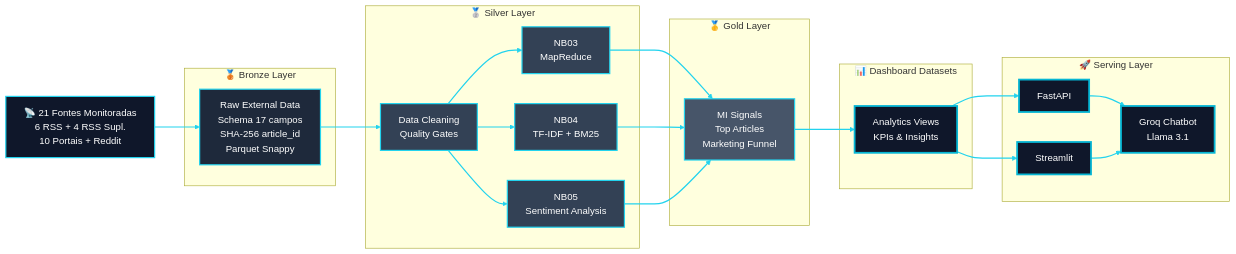
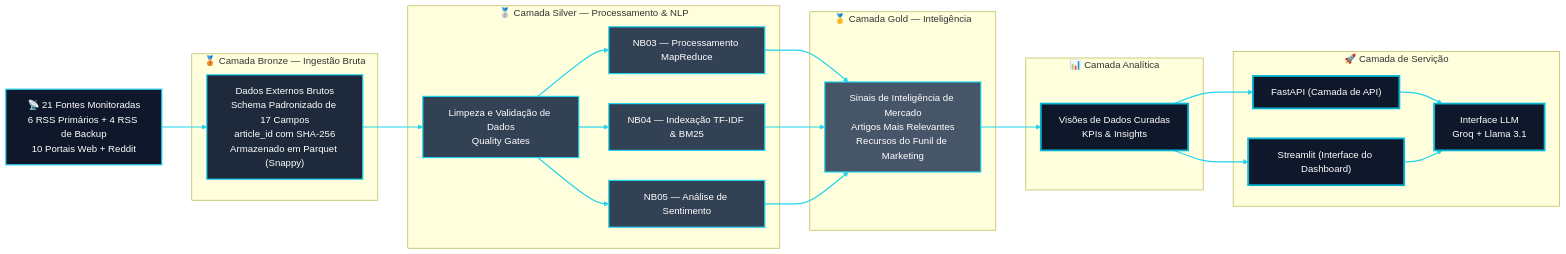
The diagram in README.pt_BR.md (Quantum-Software-Development/fii-investor-intelligence-platform), drawn with Mermaid before and after one commit. The commit also changed other lines of this file, not shown here.

`````diff
--- a/README.pt_BR.md
+++ b/README.pt_BR.md
@@ -37,62 +42,62 @@
 ```mermaid
 flowchart LR
 
     classDef source fill:#0f172a,stroke:#22d3ee,color:#ffffff,stroke-width:2px;
     classDef bronze fill:#1e293b,stroke:#22d3ee,color:#ffffff,stroke-width:2px;
     classDef silver fill:#334155,stroke:#22d3ee,color:#ffffff,stroke-width:2px;
     classDef gold fill:#475569,stroke:#22d3ee,color:#ffffff,stroke-width:2px;
     classDef serving fill:#0f172a,stroke:#06b6d4,color:#ffffff,stroke-width:3px;
 
-    A["📡 21 Fontes Monitoradas<br/>6 RSS + 4 RSS Supl.<br/>10 Portais + Reddit"]
+    A["📡 21 Fontes Monitoradas<br/>6 RSS Primários + 4 RSS de Backup<br/>10 Portais Web + Reddit"]
 
-    subgraph Bronze["🥉 Bronze Layer"]
-        B["Raw External Data<br/>Schema 17 campos<br/>SHA-256 article_id<br/>Parquet Snappy"]
+    subgraph Bronze["🥉 Camada Bronze — Ingestão Bruta"]
+        B["Dados Externos Brutos<br/>Schema Padronizado de 17 Campos<br/>article_id com SHA-256<br/>Armazenado em Parquet (Snappy)"]
     end
 
-    subgraph Silver["🥈 Silver Layer"]
-        C["Data Cleaning<br/>Quality Gates"]
-        D["NB03<br/>MapReduce"]
-        E["NB04<br/>TF-IDF + BM25"]
-        F["NB05<br/>Sentiment Analysis"]
+    subgraph Silver["🥈 Camada Silver — Processamento & NLP"]
+        C["Limpeza e Validação de Dados<br/>Quality Gates"]
+        D["NB03 — Processamento MapReduce"]
+        E["NB04 — Indexação TF-IDF & BM25"]
+        F["NB05 — Análise de Sentimento"]
     end
 
-    subgraph Gold["🥇 Gold Layer"]
-        G["MI Signals<br/>Top Articles<br/>Marketing Funnel"]
+    subgraph Gold["🥇 Camada Gold — Inteligência"]
+        G["Sinais de Inteligência de Mercado<br/>Artigos Mais Relevantes<br/>Recursos do Funil de Marketing"]
     end
 
-    subgraph Dashboard["📊 Dashboard Datasets"]
-        H["Analytics Views<br/>KPIs & Insights"]
+    subgraph Dashboard["📊 Camada Analítica"]
+        H["Visões de Dados Curadas<br/>KPIs & Insights"]
     end
 
-    subgraph Serving["🚀 Serving Layer"]
-        I["FastAPI"]
-        J["Streamlit"]
-        K["Groq Chatbot<br/>Llama 3.1"]
+    subgraph Serving["🚀 Camada de Servição"]
+        I["FastAPI (Camada de API)"]
+        J["Streamlit (Interface do Dashboard)"]
+        K["Interface LLM<br/>Groq + Llama 3.1"]
     end
 
     A --> B
     B --> C
     C --> D
     C --> E
     C --> F
 
     D --> G
     E --> G
     F --> G
 
     G --> H
 
     H --> I
     H --> J
 
     I --> K
     J --> K
 
     class A source
     class B bronze
     class C,D,E,F silver
     class G gold
     class H,I,J,K serving
 
     linkStyle default stroke:#22d3ee,stroke-width:2px
-```
+````
`````
